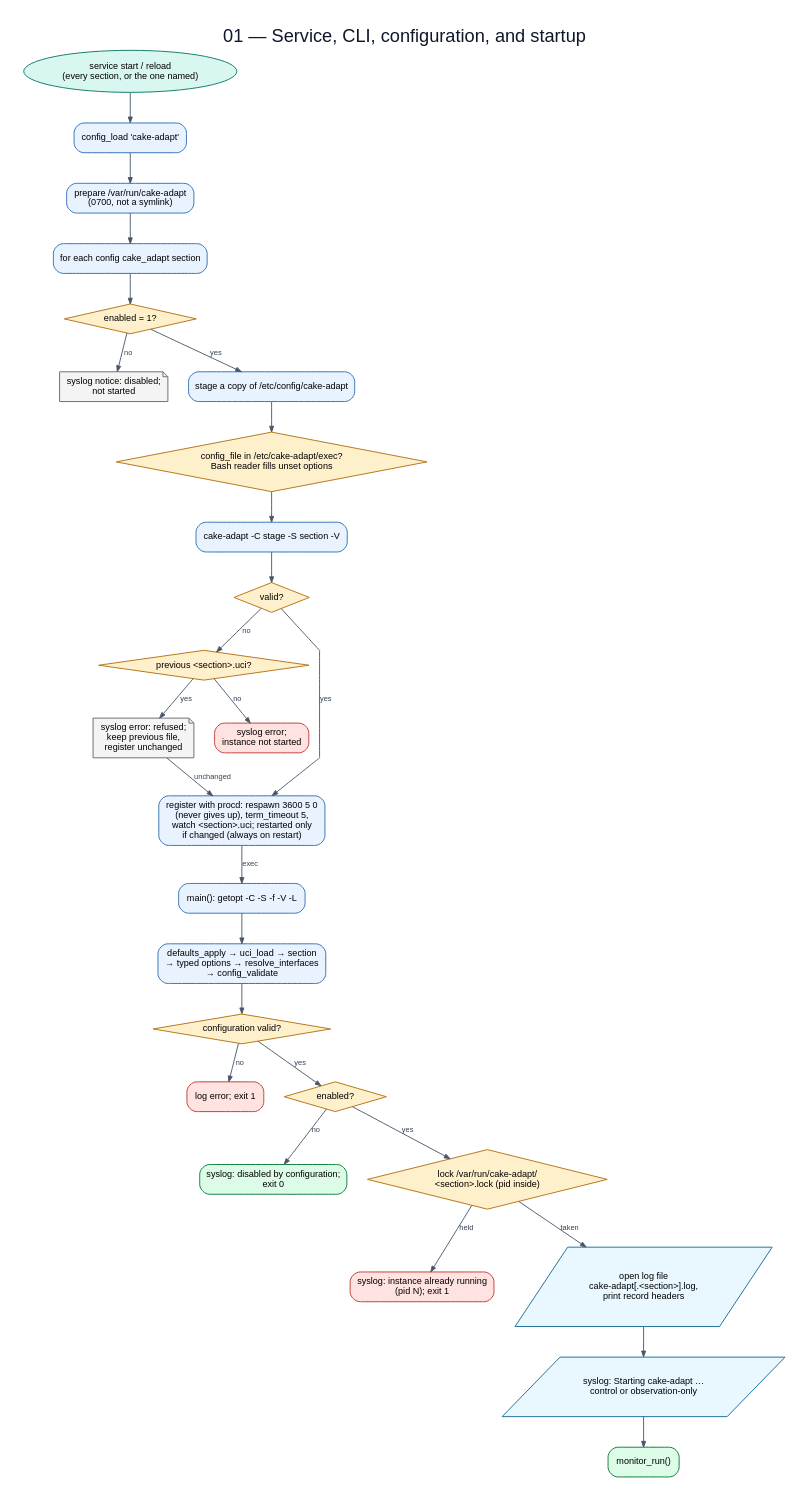
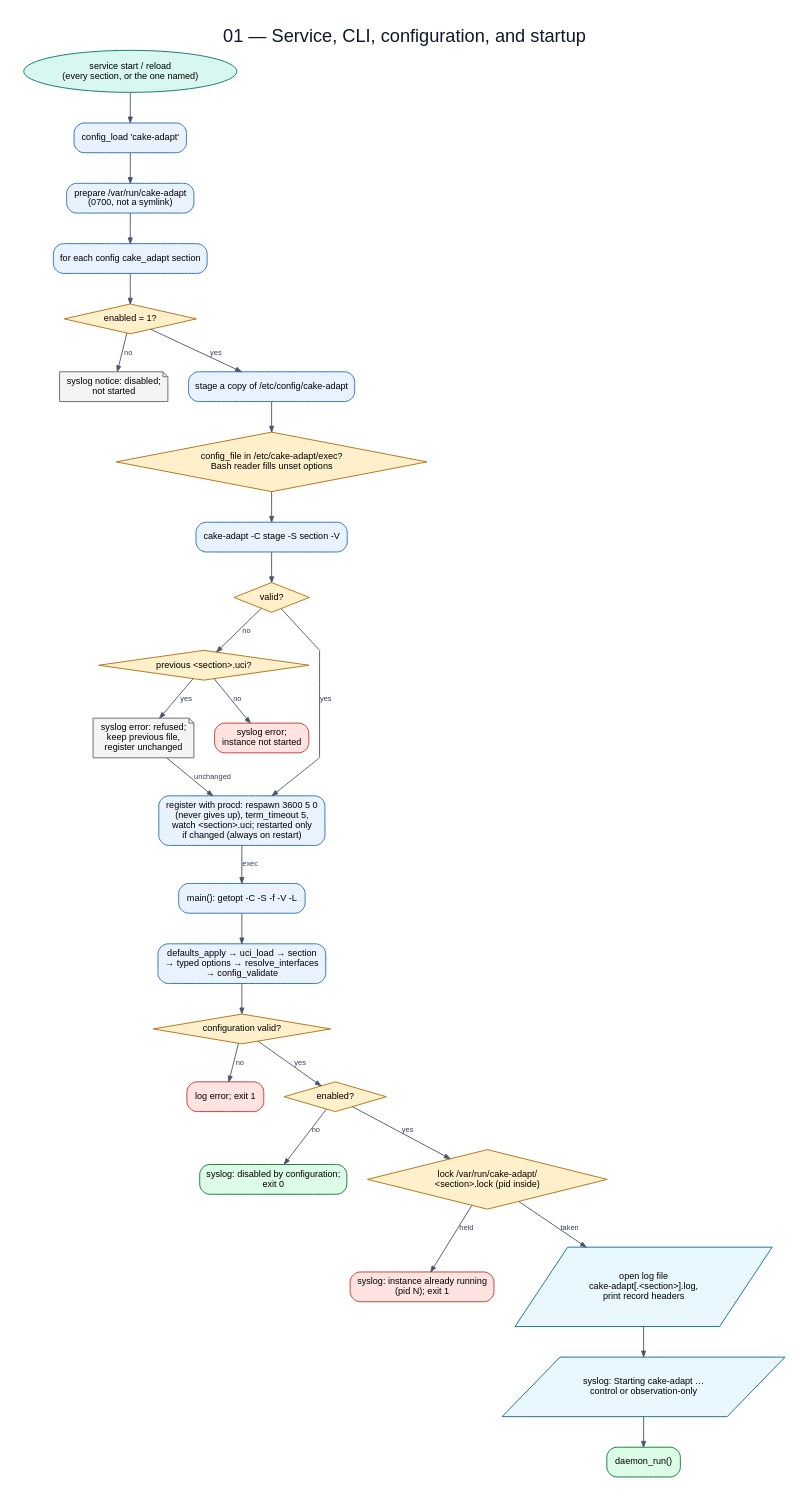
One commit to huydoan94/cake-adapt changed the diagram in flowchart/diagrams/01-startup-config.dot. Above: the diagram before and after it, drawn with Graphviz. The commit also changed 186 other files, not shown here.

```diff
--- a/flowchart/diagrams/01-startup-config.dot
+++ b/flowchart/diagrams/01-startup-config.dot
@@ -1,55 +1,55 @@
 digraph G {
   graph [rankdir=TB,bgcolor="white",pad="0.30",nodesep="0.35",ranksep="0.48",splines=polyline,fontname="Arial",label="01 — Service, CLI, configuration, and startup",labelloc=t,fontsize=22,fontcolor="#0f172a"];
   node [fontname="Arial",fontsize=11,margin="0.14,0.09",penwidth=1.2];
   edge [fontname="Arial",fontsize=9,color="#475569",fontcolor="#334155",arrowsize=0.7,penwidth=1.1];
   start [label="service start / reload\n(every section, or the one named)",shape=oval,style="filled",fillcolor="#d9f7f1",color="#17806d"];
   load [label="config_load 'cake-adapt'",shape=box,style="rounded,filled",fillcolor="#e9f2ff",color="#3676b9"];
   runtime [label="prepare /var/run/cake-adapt\n(0700, not a symlink)",shape=box,style="rounded,filled",fillcolor="#e9f2ff",color="#3676b9"];
   each [label="for each config cake_adapt section",shape=box,style="rounded,filled",fillcolor="#e9f2ff",color="#3676b9"];
   enabled [label="enabled = 1?",shape=diamond,style="filled",fillcolor="#fff0cc",color="#b7791f"];
   skip [label="syslog notice: disabled;\nnot started",shape=note,style="filled",fillcolor="#f4f4f5",color="#71717a"];
   stage [label="stage a copy of /etc/config/cake-adapt",shape=box,style="rounded,filled",fillcolor="#e9f2ff",color="#3676b9"];
   import [label="config_file in /etc/cake-adapt/exec?\nBash reader fills unset options",shape=diamond,style="filled",fillcolor="#fff0cc",color="#b7791f"];
   validate [label="cake-adapt -C stage -S section -V",shape=box,style="rounded,filled",fillcolor="#e9f2ff",color="#3676b9"];
   valid [label="valid?",shape=diamond,style="filled",fillcolor="#fff0cc",color="#b7791f"];
   previous [label="previous <section>.uci?",shape=diamond,style="filled",fillcolor="#fff0cc",color="#b7791f"];
   keep [label="syslog error: refused;\nkeep previous file,\nregister unchanged",shape=note,style="filled",fillcolor="#f4f4f5",color="#71717a"];
   reject [label="syslog error;\ninstance not started",shape=box,style="rounded,filled",fillcolor="#ffe3e0",color="#c2413b"];
   procd [label="register with procd: respawn 3600 5 0\n(never gives up), term_timeout 5,\nwatch <section>.uci; restarted only\nif changed (always on restart)",shape=box,style="rounded,filled",fillcolor="#e9f2ff",color="#3676b9"];
   cli [label="main(): getopt -C -S -f -V -L",shape=box,style="rounded,filled",fillcolor="#e9f2ff",color="#3676b9"];
   config [label="defaults_apply → uci_load → section\n→ typed options → resolve_interfaces\n→ config_validate",shape=box,style="rounded,filled",fillcolor="#e9f2ff",color="#3676b9"];
   configok [label="configuration valid?",shape=diamond,style="filled",fillcolor="#fff0cc",color="#b7791f"];
   fail [label="log error; exit 1",shape=box,style="rounded,filled",fillcolor="#ffe3e0",color="#c2413b"];
   denabled [label="enabled?",shape=diamond,style="filled",fillcolor="#fff0cc",color="#b7791f"];
   disabled [label="syslog: disabled by configuration;\nexit 0",shape=box,style="rounded,filled,bold",fillcolor="#dcfce7",color="#15803d"];
   lock [label="lock /var/run/cake-adapt/\n<section>.lock (pid inside)",shape=diamond,style="filled",fillcolor="#fff0cc",color="#b7791f"];
   running [label="syslog: instance already running\n(pid N); exit 1",shape=box,style="rounded,filled",fillcolor="#ffe3e0",color="#c2413b"];
   logs [label="open log file\ncake-adapt[.<section>].log,\nprint record headers",shape=parallelogram,style="filled",fillcolor="#e9f7ff",color="#24749c"];
   mode [label="syslog: Starting cake-adapt …\ncontrol or observation-only",shape=parallelogram,style="filled",fillcolor="#e9f7ff",color="#24749c"];
-  run [label="monitor_run()",shape=box,style="rounded,filled,bold",fillcolor="#dcfce7",color="#15803d"];
+  run [label="daemon_run()",shape=box,style="rounded,filled,bold",fillcolor="#dcfce7",color="#15803d"];
   start -> load;
   load -> runtime;
   runtime -> each;
   each -> enabled;
   enabled -> skip [label="no"];
   enabled -> stage [label="yes"];
   stage -> import;
   import -> validate;
   validate -> valid;
   valid -> previous [label="no"];
   previous -> reject [label="no"];
   previous -> keep [label="yes"];
   keep -> procd [label="unchanged"];
   valid -> procd [label="yes"];
   procd -> cli [label="exec"];
   cli -> config;
   config -> configok;
   configok -> fail [label="no"];
   configok -> denabled [label="yes"];
   denabled -> disabled [label="no"];
   denabled -> lock [label="yes"];
   lock -> running [label="held"];
   lock -> logs [label="taken"];
   logs -> mode;
   mode -> run;
 }
```
